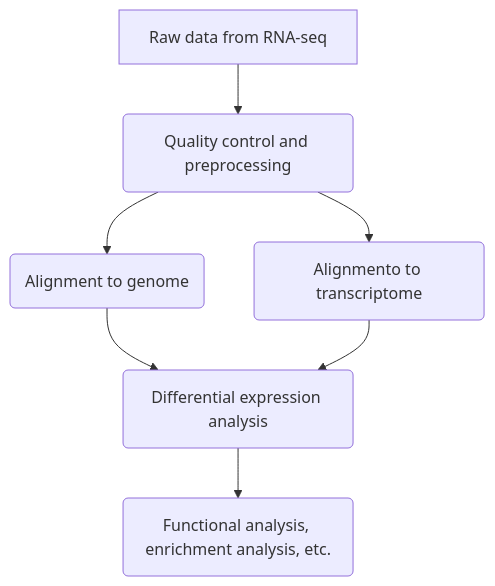
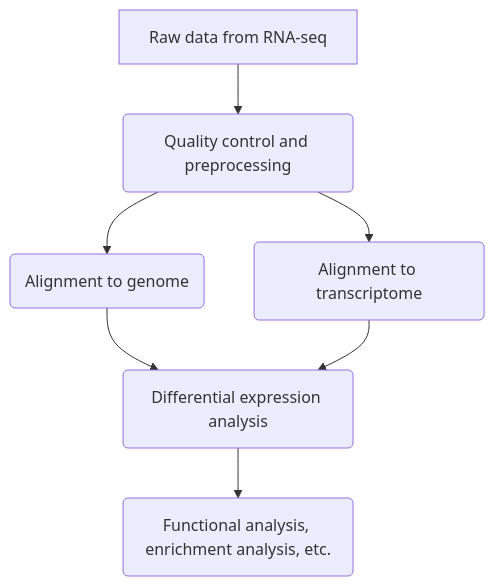
The diagram in differential_expression.md (LuiguiGallardo/tutorial_kob), drawn with Mermaid before and after one commit. The commit also changed other lines of this file and 1 other file, not shown here.

````diff
--- a/differential_expression.md
+++ b/differential_expression.md
@@ -15,9 +15,9 @@
 ```mermaid
 graph
     a[Raw data from RNA-seq] --> b(Quality control and preprocessing)
     b --> c(Alignment to genome)
-    b --> d(Alignmento to transcriptome)
+    b --> d(Alignment to transcriptome)
     c --> f
     d --> f(Differential expression analysis)
     f --> g(Functional analysis, enrichment analysis, etc.)
 ```
````
